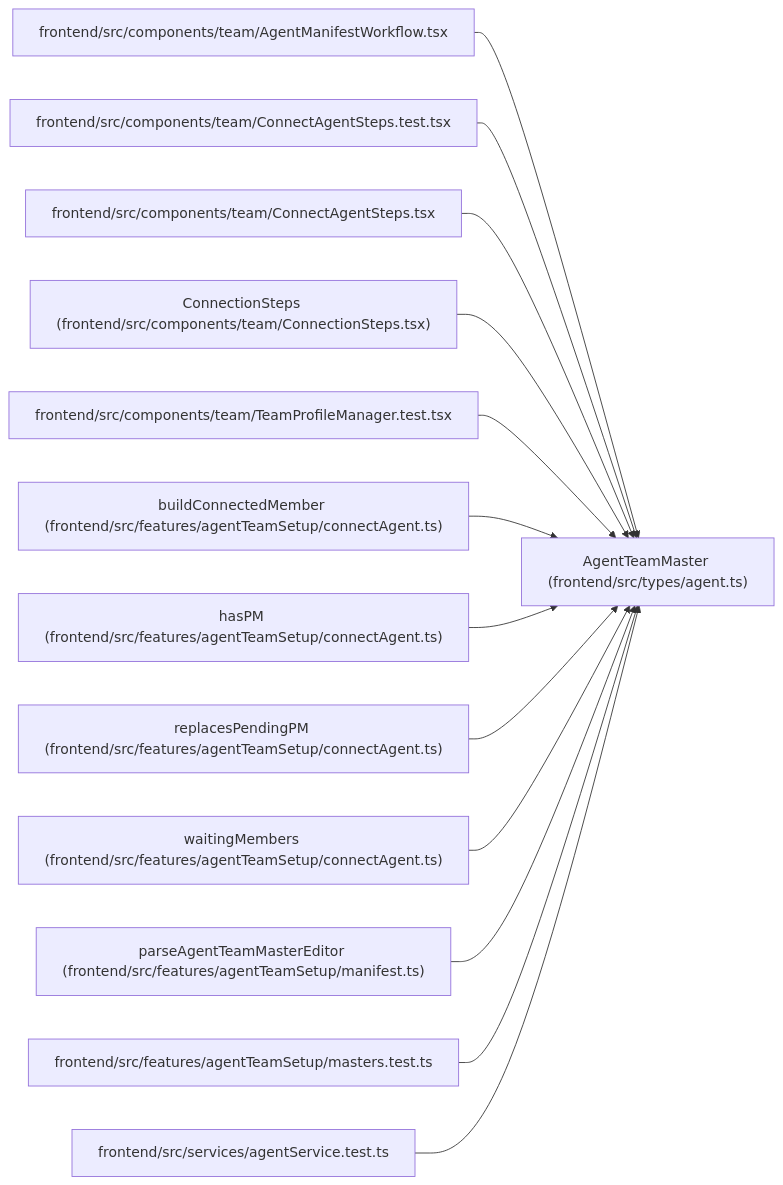
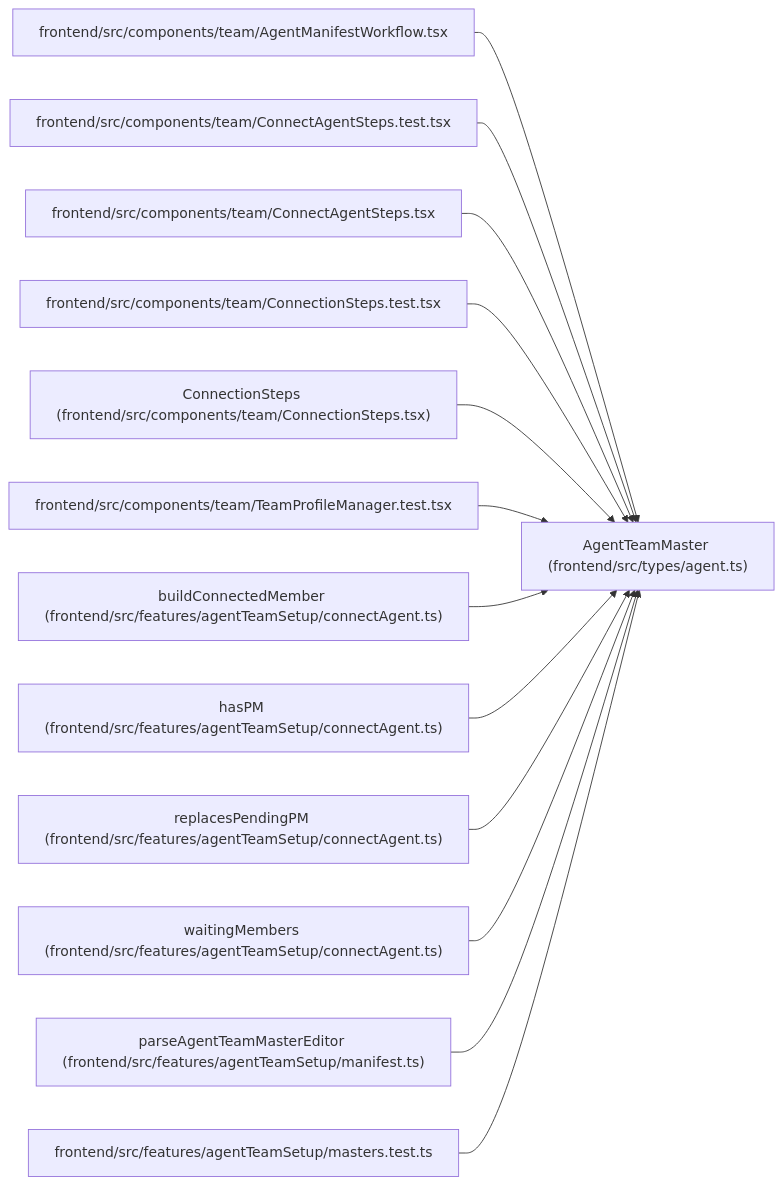
Before and after one commit to Denissvgn/WorkChord: the diagram in docs/llm_wiki/entities/types_agent_AgentTeamMaster.md, drawn with Mermaid. The commit also changed other lines of this file and 722 other files, not shown here.

Commit message:
Sync the architectural wiki for the onboarding runtime instance

````diff
--- a/docs/llm_wiki/entities/types_agent_AgentTeamMaster.md
+++ b/docs/llm_wiki/entities/types_agent_AgentTeamMaster.md
@@ -33,41 +33,41 @@
 ```mermaid
 flowchart LR
     n0["AgentTeamMaster (frontend/src/types/agent.ts)"]
     n1["frontend/src/components/team/AgentManifestWorkflow.tsx"]
     n2["frontend/src/components/team/ConnectAgentSteps.test.tsx"]
     n3["frontend/src/components/team/ConnectAgentSteps.tsx"]
-    n4["ConnectionSteps (frontend/src/components/team/ConnectionSteps.tsx)"]
-    n5["frontend/src/components/team/TeamProfileManager.test.tsx"]
-    n6["buildConnectedMember (frontend/src/features/agentTeamSetup/connectAgent.ts)"]
-    n7["hasPM (frontend/src/features/agentTeamSetup/connectAgent.ts)"]
-    n8["replacesPendingPM (frontend/src/features/agentTeamSetup/connectAgent.ts)"]
-    n9["waitingMembers (frontend/src/features/agentTeamSetup/connectAgent.ts)"]
-    n10["parseAgentTeamMasterEditor (frontend/src/features/agentTeamSetup/manifest.ts)"]
-    n11["frontend/src/features/agentTeamSetup/masters.test.ts"]
-    n12["frontend/src/services/agentService.test.ts"]
+    n4["frontend/src/components/team/ConnectionSteps.test.tsx"]
+    n5["ConnectionSteps (frontend/src/components/team/ConnectionSteps.tsx)"]
+    n6["frontend/src/components/team/TeamProfileManager.test.tsx"]
+    n7["buildConnectedMember (frontend/src/features/agentTeamSetup/connectAgent.ts)"]
+    n8["hasPM (frontend/src/features/agentTeamSetup/connectAgent.ts)"]
+    n9["replacesPendingPM (frontend/src/features/agentTeamSetup/connectAgent.ts)"]
+    n10["waitingMembers (frontend/src/features/agentTeamSetup/connectAgent.ts)"]
+    n11["parseAgentTeamMasterEditor (frontend/src/features/agentTeamSetup/manifest.ts)"]
+    n12["frontend/src/features/agentTeamSetup/masters.test.ts"]
     n1 --> n0
     n2 --> n0
     n3 --> n0
     n4 --> n0
     n5 --> n0
     n6 --> n0
     n7 --> n0
     n8 --> n0
     n9 --> n0
     n10 --> n0
     n11 --> n0
     n12 --> n0
     click n0 "../modules/types_agent.md"
     click n1 "../modules/AgentManifestWorkflow.md"
     click n2 "../modules/ConnectAgentSteps.test.md"
     click n3 "../modules/ConnectAgentSteps.md"
-    click n4 "../modules/ConnectionSteps.md"
-    click n5 "../modules/TeamProfileManager.test.md"
-    click n6 "../modules/connectAgent.md"
+    click n4 "../modules/ConnectionSteps.test.md"
+    click n5 "../modules/ConnectionSteps.md"
+    click n6 "../modules/TeamProfileManager.test.md"
     click n7 "../modules/connectAgent.md"
     click n8 "../modules/connectAgent.md"
     click n9 "../modules/connectAgent.md"
-    click n10 "../modules/agentTeamSetup_manifest.md"
-    click n11 "../modules/agentTeamSetup_masters.test.md"
-    click n12 "../modules/agentService.test.md"
+    click n10 "../modules/connectAgent.md"
+    click n11 "../modules/agentTeamSetup_manifest.md"
+    click n12 "../modules/agentTeamSetup_masters.test.md"
 ```
````
